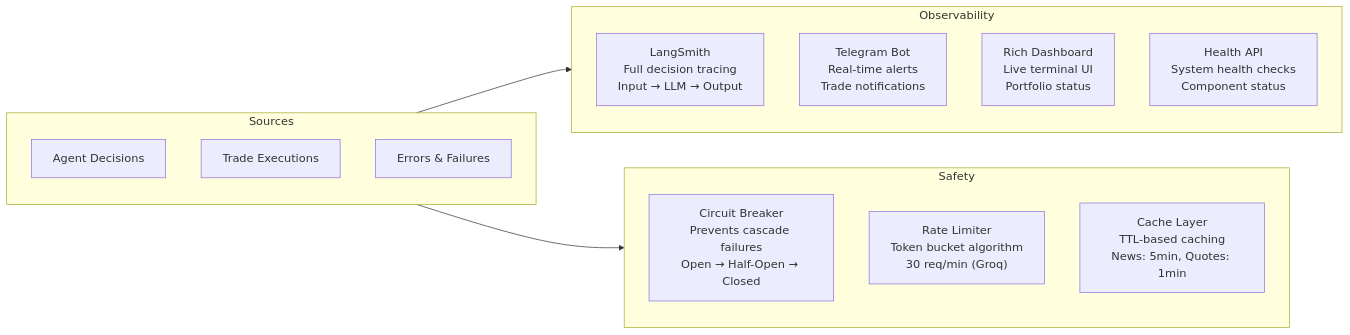
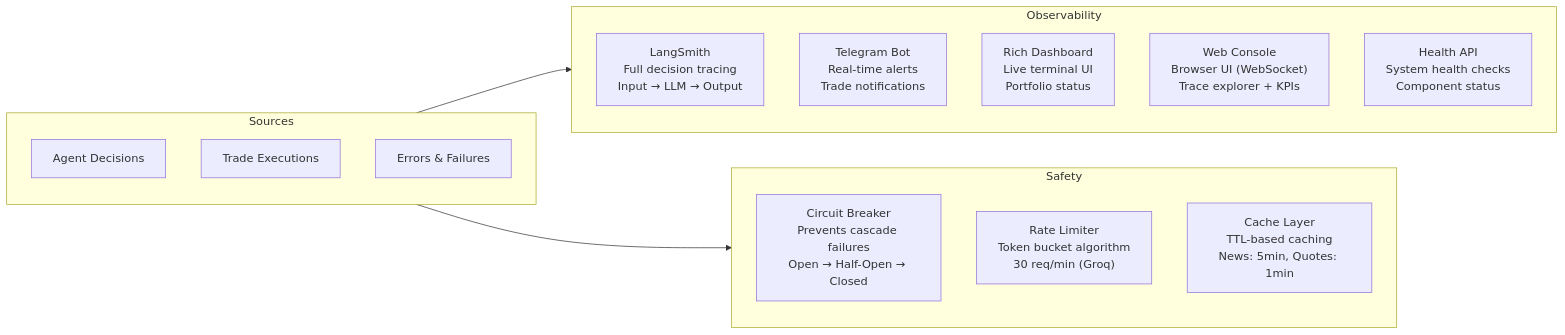
The sixth of 8 diagrams in docs/2_High_Level_Design.md (HimanshuMohanty-Git24/RakshaQuant), drawn with Mermaid before and after one commit. The commit also changed other lines of this file and 4 other files, not shown here.

First line of the commit message:
docs: reflect dual-mode CLI/web across docs/ architecture guides

````diff
--- a/docs/2_High_Level_Design.md
+++ b/docs/2_High_Level_Design.md
@@ -318,24 +325,25 @@
 ```mermaid
 flowchart LR
     subgraph Sources
         AG["Agent Decisions"]
         TR["Trade Executions"]
         ER["Errors & Failures"]
     end
 
     subgraph Observability
         LS["LangSmith<br/>Full decision tracing<br/>Input → LLM → Output"]
         TG["Telegram Bot<br/>Real-time alerts<br/>Trade notifications"]
         CLI["Rich Dashboard<br/>Live terminal UI<br/>Portfolio status"]
+        WEBUI["Web Console<br/>Browser UI (WebSocket)<br/>Trace explorer + KPIs"]
         HA["Health API<br/>System health checks<br/>Component status"]
     end
 
     subgraph Safety
         CB["Circuit Breaker<br/>Prevents cascade failures<br/>Open → Half-Open → Closed"]
         RL["Rate Limiter<br/>Token bucket algorithm<br/>30 req/min (Groq)"]
         CACHE["Cache Layer<br/>TTL-based caching<br/>News: 5min, Quotes: 1min"]
     end
 
     Sources --> Observability
     Sources --> Safety
 ```
````
